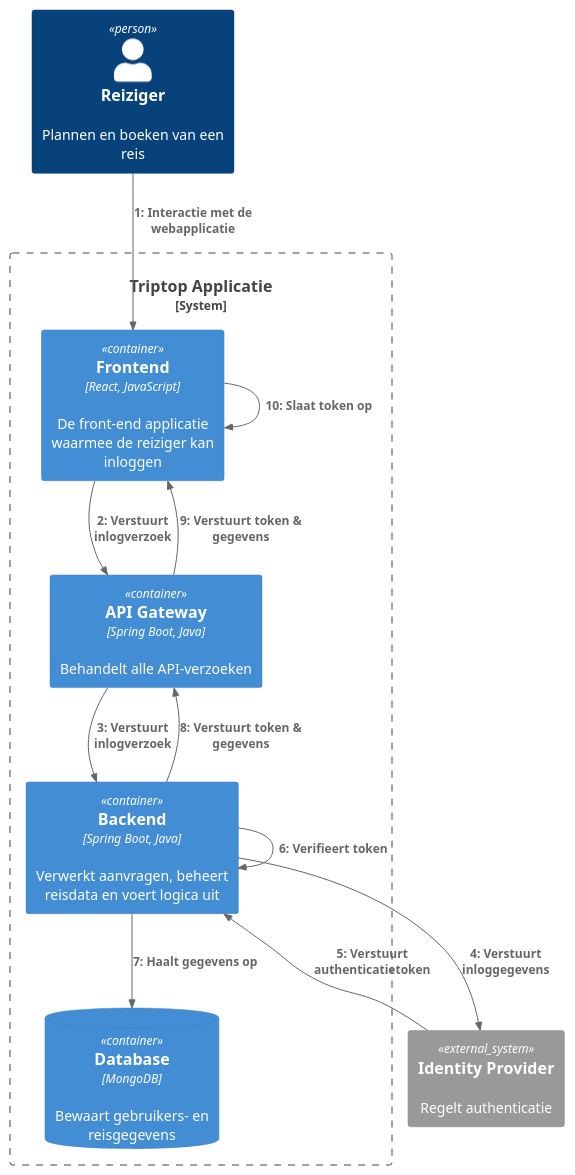
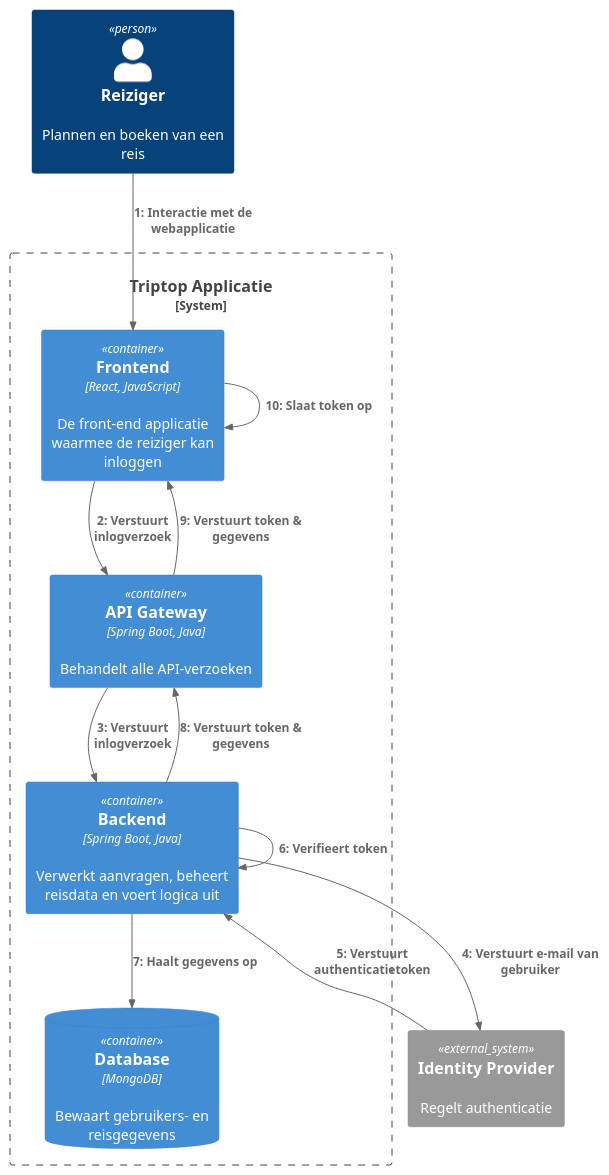
The diagram in opdracht-diagrammen/C4 Container/Dynamic/C4 Container dynamic diagram Inloggen - Cas.puml (AIM-ENE-feb25/triptop-groep-3), drawn with PlantUML before and after one commit.

Commit message:
Updated: Container 'inloggen'

```diff
--- a/opdracht-diagrammen/C4 Container/Dynamic/C4 Container dynamic diagram Inloggen - Cas.puml
+++ b/opdracht-diagrammen/C4 Container/Dynamic/C4 Container dynamic diagram Inloggen - Cas.puml
@@ -1,33 +1,33 @@
 @startuml
 !include https://raw.githubusercontent.com/plantuml-stdlib/C4-PlantUML/master/C4_Dynamic.puml
 
 LAYOUT_TOP_DOWN()
 
 Person(Traveler, "Reiziger", "Plannen en boeken van een reis")
 
 System_Boundary(s1, "Triptop Applicatie") {
     Container(Frontend, "Frontend", "React, JavaScript", "De front-end applicatie waarmee de reiziger kan inloggen")
     Container(Backend, "Backend", "Spring Boot, Java", "Verwerkt aanvragen, beheert reisdata en voert logica uit")
     Container(ApiGateway, "API Gateway", "Spring Boot, Java", "Behandelt alle API-verzoeken")
     ContainerDb(Database, Database, MongoDB, Bewaart gebruikers- en reisgegevens)
 }
 
 System_Ext(IdentityProvider, "Identity Provider", "Regelt authenticatie")
 
 Rel(Traveler, Frontend, "Interactie met de webapplicatie")
 
 Rel(Frontend, ApiGateway, "Verstuurt inlogverzoek")
 Rel(ApiGateway, Backend, Verstuurt inlogverzoek)
 
-Rel(Backend, IdentityProvider, Verstuurt inloggegevens)
+Rel(Backend, IdentityProvider, Verstuurt e-mail van gebruiker)
 Rel(IdentityProvider, Backend, "Verstuurt authenticatietoken")
 Rel(Backend, Backend, Verifieert token)
 
 Rel(Backend, Database, "Haalt gegevens op")
 
 Rel(Backend, ApiGateway, Verstuurt token & gegevens)
 Rel(ApiGateway, Frontend, Verstuurt token & gegevens)
 Rel(Frontend, Frontend, Slaat token op)
 
 
 @enduml
```
